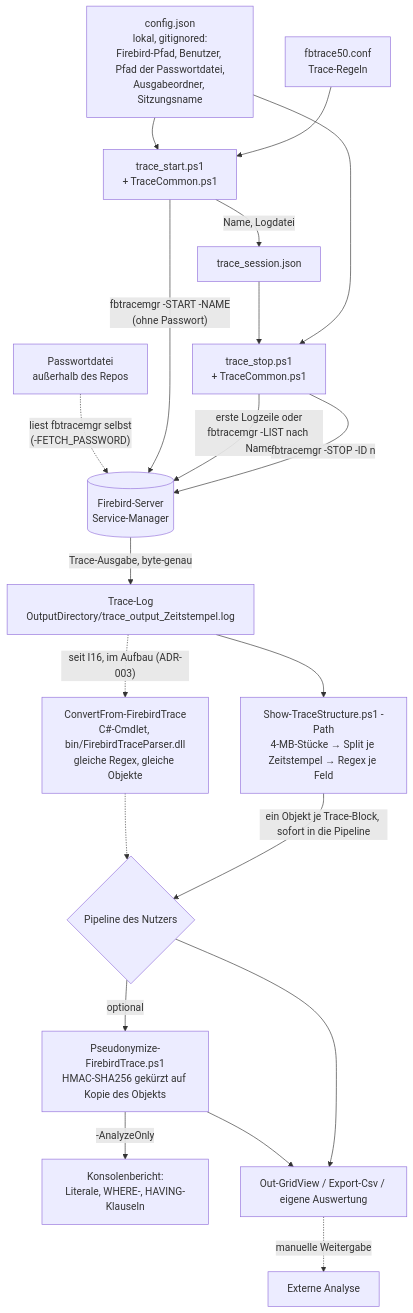
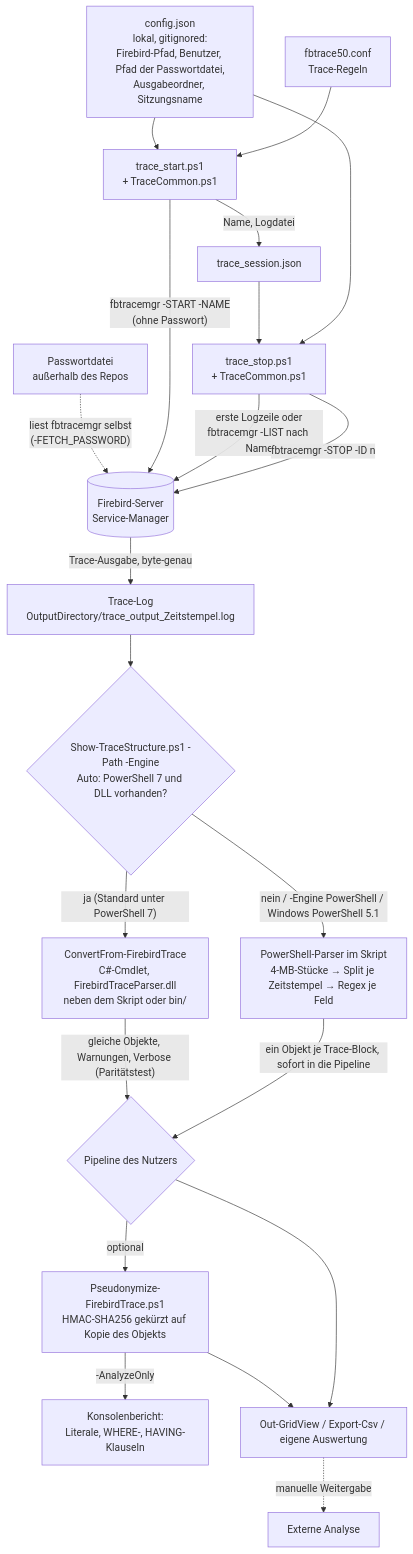
Before and after one commit to gitnol/PSFirebirdTraceParser: the diagram in docs/architecture/OVERVIEW.md, drawn with Mermaid. The commit also changed other lines of this file and 9 other files, not shown here.

Commit message:
docs(I19): -Engine dokumentiert (README en/de, Konfiguration, Datenfluss), Messung 15 MB, K8 und I21 aufgenommen

````diff
--- a/docs/architecture/OVERVIEW.md
+++ b/docs/architecture/OVERVIEW.md
@@ -45,22 +45,23 @@
 ```mermaid
 flowchart TD
     CFG[config.json<br/>lokal, gitignored:<br/>Firebird-Pfad, Benutzer, Pfad der Passwortdatei,<br/>Ausgabeordner, Sitzungsname] --> START
     PW[Passwortdatei<br/>außerhalb des Repos] -.->|"liest fbtracemgr selbst<br/>(-FETCH_PASSWORD)"| FB
     TCONF[fbtrace50.conf<br/>Trace-Regeln] --> START
     START[trace_start.ps1<br/>+ TraceCommon.ps1] -->|"fbtracemgr -START -NAME<br/>(ohne Passwort)"| FB[(Firebird-Server<br/>Service-Manager)]
     START -->|Name, Logdatei| STATE[trace_session.json]
     FB -->|Trace-Ausgabe, byte-genau| LOG[Trace-Log<br/>OutputDirectory/trace_output_Zeitstempel.log]
     STATE --> STOP[trace_stop.ps1<br/>+ TraceCommon.ps1]
     STOP -->|"erste Logzeile oder<br/>fbtracemgr -LIST nach Name"| FB
     STOP -->|"fbtracemgr -STOP -ID n"| FB
     CFG --> STOP
-    LOG --> PARSE[Show-TraceStructure.ps1 -Path<br/>4-MB-Stücke → Split je Zeitstempel → Regex je Feld]
-    LOG -.->|"seit I16, im Aufbau (ADR-003)"| CS[ConvertFrom-FirebirdTrace<br/>C#-Cmdlet, bin/FirebirdTraceParser.dll<br/>gleiche Regex, gleiche Objekte]
-    CS -.-> PIPE
+    LOG --> ENG{Show-TraceStructure.ps1 -Path -Engine<br/>Auto: PowerShell 7 und DLL vorhanden?}
+    ENG -->|"ja (Standard unter PowerShell 7)"| CS[ConvertFrom-FirebirdTrace<br/>C#-Cmdlet, FirebirdTraceParser.dll<br/>neben dem Skript oder bin/]
+    ENG -->|"nein / -Engine PowerShell / Windows PowerShell 5.1"| PARSE[PowerShell-Parser im Skript<br/>4-MB-Stücke → Split je Zeitstempel → Regex je Feld]
+    CS -->|"gleiche Objekte, Warnungen, Verbose (Paritätstest)"| PIPE
     PARSE -->|"ein Objekt je Trace-Block, sofort in die Pipeline"| PIPE{Pipeline des Nutzers}
     PIPE -->|optional| PSEUDO[Pseudonymize-FirebirdTrace.ps1<br/>HMAC-SHA256 gekürzt auf Kopie des Objekts]
     PSEUDO -->|-AnalyzeOnly| REPORT[Konsolenbericht:<br/>Literale, WHERE-, HAVING-Klauseln]
     PSEUDO --> OUT
     PIPE --> OUT[Out-GridView / Export-Csv / eigene Auswertung]
     OUT -.->|manuelle Weitergabe| EXT[Externe Analyse]
 ```
````
